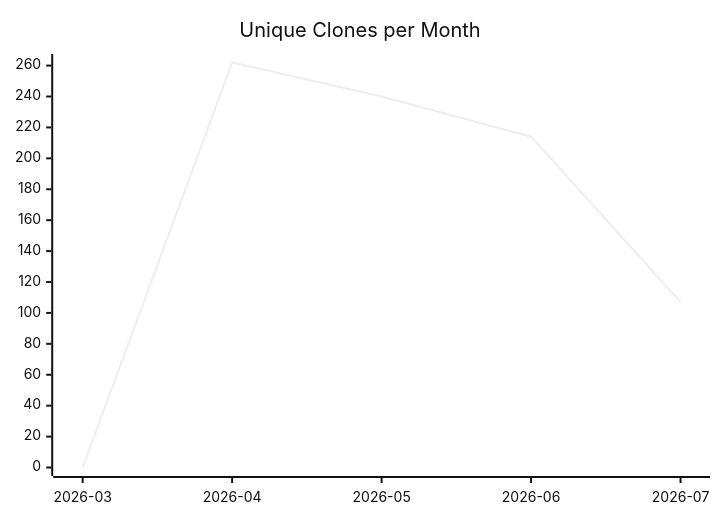
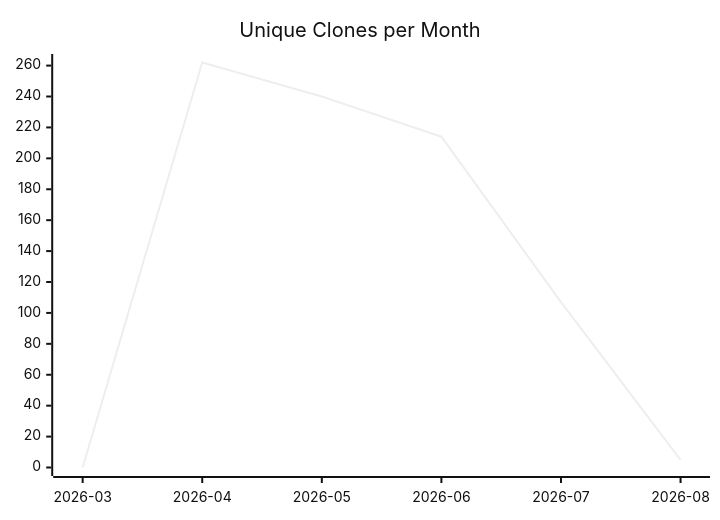
Before and after one commit to justdavis-family/github-analytics-data: the third of 3 diagrams in justdavis-family/github-analytics-data/README.md, drawn with Mermaid (neutral theme). The commit also changed other lines of this file and 184 other files, not shown here.

````diff
--- a/justdavis-family/github-analytics-data/README.md
+++ b/justdavis-family/github-analytics-data/README.md
@@ -19,6 +19,6 @@
 ```mermaid
 xychart-beta
   title "Unique Clones per Month"
-  x-axis ["2026-03", "2026-04", "2026-05", "2026-06", "2026-07"]
-  line [0, 262, 240, 214, 107]
+  x-axis ["2026-03", "2026-04", "2026-05", "2026-06", "2026-07", "2026-08"]
+  line [0, 262, 240, 214, 107, 5]
 ```
````
